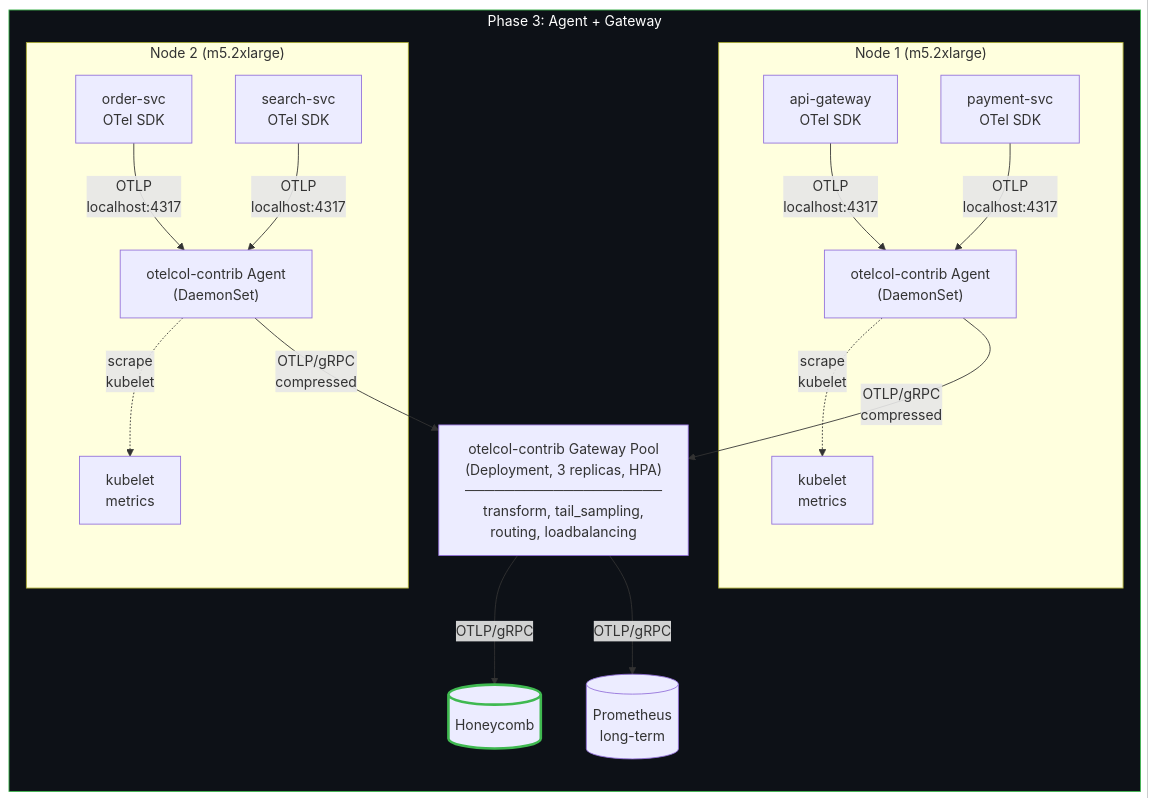
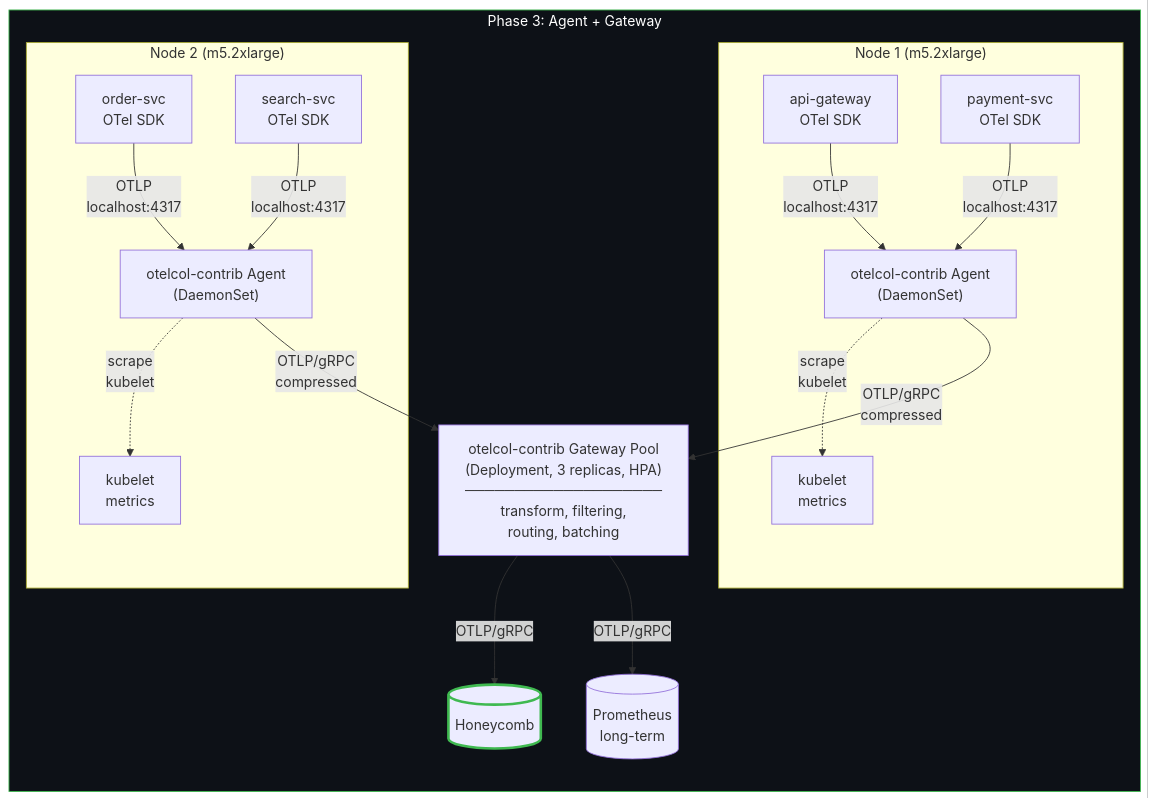
Before and after one commit to andy-dufour/otel-collector-guide: the fourth of 6 diagrams in 01-migration-phases.md, drawn with Mermaid. The commit also changed other lines of this file and 11 other files, not shown here.

Commit message:
Remove tail sampling recommendations — not production-ready

````diff
--- a/01-migration-phases.md
+++ b/01-migration-phases.md
@@ -442,27 +442,27 @@
 ```mermaid
 graph TB
     subgraph P3["Phase 3: Agent + Gateway"]
         direction TB
 
         subgraph NODE1["Node 1 (m5.2xlarge)"]
             A1["api-gateway<br/>OTel SDK"] -->|OTLP<br/>localhost:4317| AG1["otelcol-contrib Agent<br/>(DaemonSet)"]
             A2["payment-svc<br/>OTel SDK"] -->|OTLP<br/>localhost:4317| AG1
             AG1 -.->|"scrape<br/>kubelet"| KL1["kubelet<br/>metrics"]
         end
 
         subgraph NODE2["Node 2 (m5.2xlarge)"]
             A3["order-svc<br/>OTel SDK"] -->|OTLP<br/>localhost:4317| AG2["otelcol-contrib Agent<br/>(DaemonSet)"]
             A4["search-svc<br/>OTel SDK"] -->|OTLP<br/>localhost:4317| AG2
             AG2 -.->|"scrape<br/>kubelet"| KL2["kubelet<br/>metrics"]
         end
 
-        AG1 -->|"OTLP/gRPC<br/>compressed"| GW["otelcol-contrib Gateway Pool<br/>(Deployment, 3 replicas, HPA)<br/>────────────────────<br/>transform, tail_sampling,<br/>routing, loadbalancing"]
+        AG1 -->|"OTLP/gRPC<br/>compressed"| GW["otelcol-contrib Gateway Pool<br/>(Deployment, 3 replicas, HPA)<br/>────────────────────<br/>transform, filtering,<br/>routing, batching"]
         AG2 -->|"OTLP/gRPC<br/>compressed"| GW
 
         GW -->|"OTLP/gRPC"| HC[(Honeycomb)]
         GW -->|"OTLP/gRPC"| PROM[(Prometheus<br/>long-term)]
     end
 
     style P3 fill:#0d1117,stroke:#3fb950,color:#fff
     style HC stroke:#3fb950,stroke-width:3px
 ```
````
